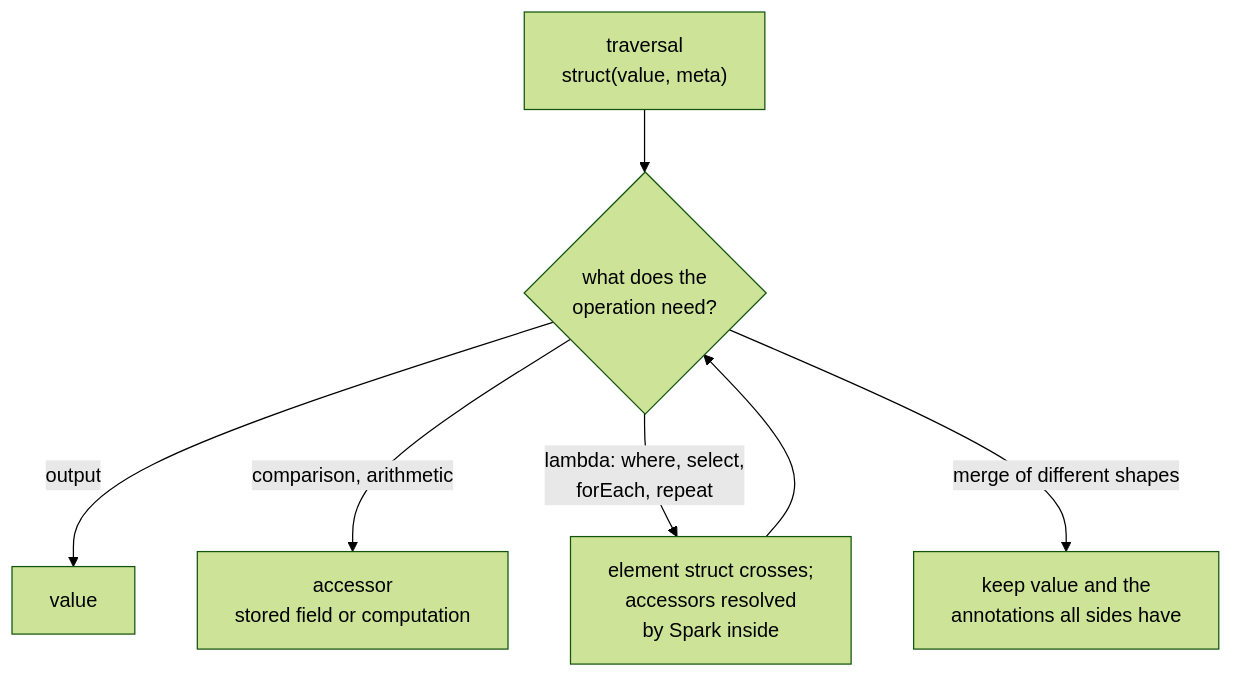
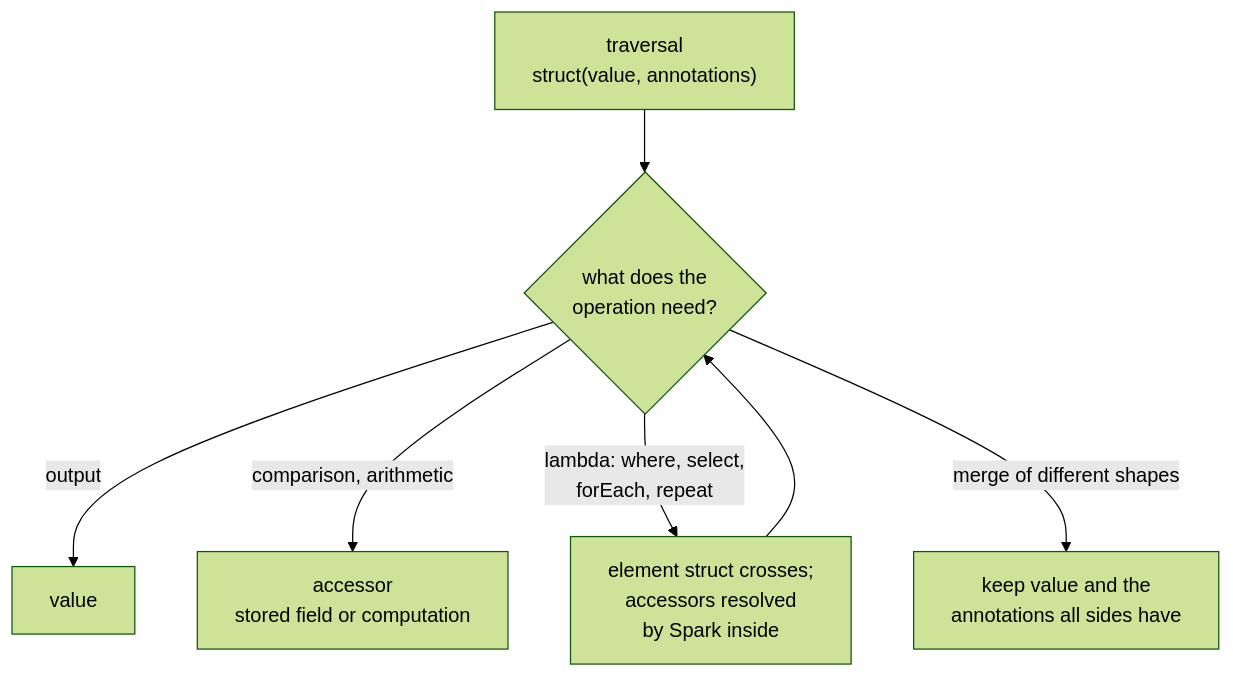
One commit to aehrc/pathling changed the second of 3 diagrams in specs/001-parquet-on-fhir/design/annotations-in-the-engine.md. Above: the diagram before and after it, drawn with Mermaid (forest theme). The commit also changed other lines of this file and 2 other files, not shown here.

````diff
--- a/specs/001-parquet-on-fhir/design/annotations-in-the-engine.md
+++ b/specs/001-parquet-on-fhir/design/annotations-in-the-engine.md
@@ -370,9 +388,9 @@
 ```mermaid
 flowchart TD
-  T["traversal<br/>struct(value, meta)"] --> Q{"what does the<br/>operation need?"}
+  T["traversal<br/>struct(value, annotations)"] --> Q{"what does the<br/>operation need?"}
   Q -->|"output"| O["value"]
   Q -->|"comparison, arithmetic"| A["accessor<br/>stored field or computation"]
   Q -->|"lambda: where, select,<br/>forEach, repeat"| L["element struct crosses;<br/>accessors resolved<br/>by Spark inside"]
   L --> Q
   Q -->|"merge of different shapes"| M["keep value and the<br/>annotations all sides have"]
 ```
````
